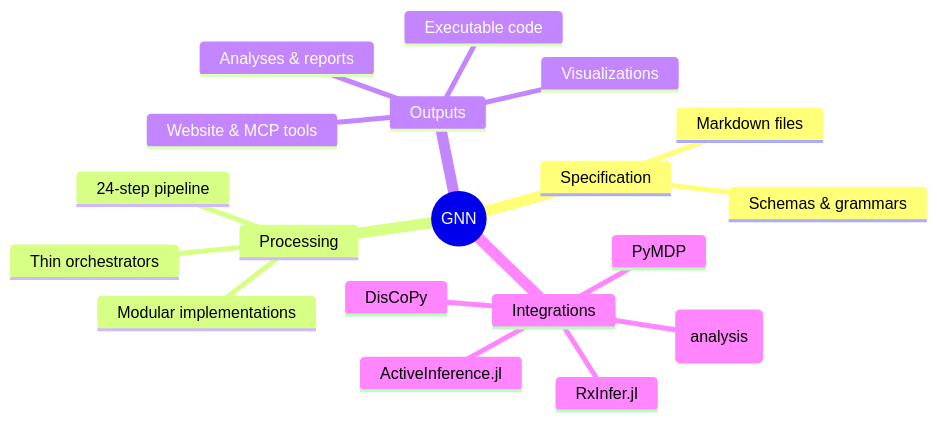
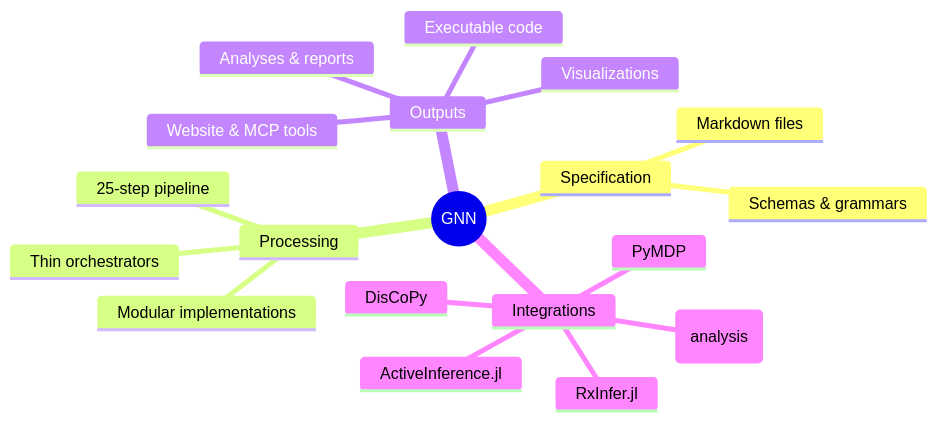
Before and after one commit to ActiveInferenceInstitute/GeneralizedNotationNotation: the first of 7 diagrams in DOCS.md, drawn with Mermaid. The commit also changed other lines of this file and 10 other files, not shown here.

````diff
--- a/DOCS.md
+++ b/DOCS.md
@@ -21,22 +21,22 @@
 ```mermaid
 mindmap
   root((GNN))
     Specification
       Markdown files
       Schemas & grammars
     Processing
-      24-step pipeline
+      25-step pipeline
       Thin orchestrators
       Modular implementations
     Outputs
       Visualizations
       Executable code
       Analyses & reports
       Website & MCP tools
     Integrations
       PyMDP
       RxInfer.jl
       ActiveInference.jl
       DisCoPy
       LLMs (analysis)
 ```
````
